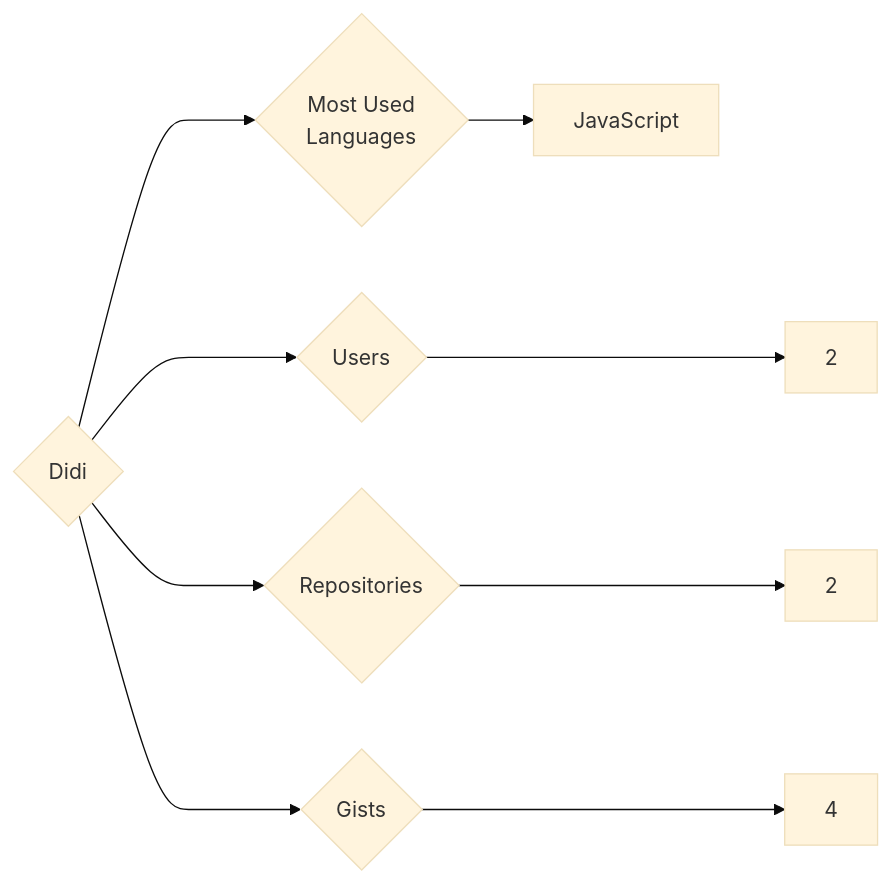
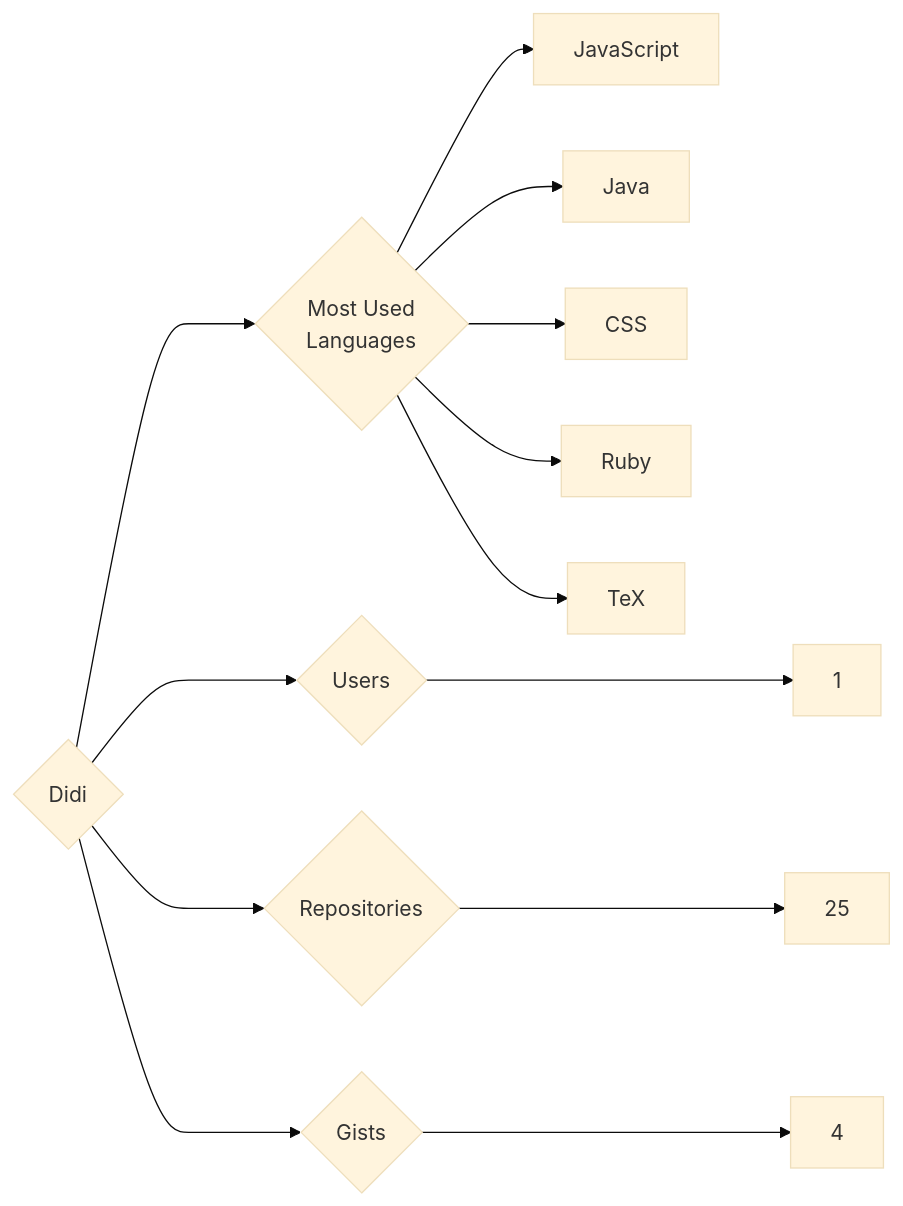
The diagram in targets/Didi/README.md (trickest/insiders), drawn with Mermaid (base theme) before and after one commit. The commit also changed 1166 other files, not shown here.

````diff
--- a/targets/Didi/README.md
+++ b/targets/Didi/README.md
@@ -3,9 +3,13 @@
 ```mermaid
 graph LR
 COMPANY_NAME{Didi}
-COMPANY_NAME ---> U{Users} ---> UN[2]
-COMPANY_NAME ---> R{Repositories} ---> RN[2]
+COMPANY_NAME ---> U{Users} ---> UN[1]
+COMPANY_NAME ---> R{Repositories} ---> RN[25]
 COMPANY_NAME ---> G{Gists} ---> GN[4]
 COMPANY_NAME ---> ML{Most Used<br>Languages}
 ML --> JavaScript[JavaScript]
+ML --> Java[Java]
+ML --> CSS[CSS]
+ML --> Ruby[Ruby]
+ML --> TeX[TeX]
 ```
````
